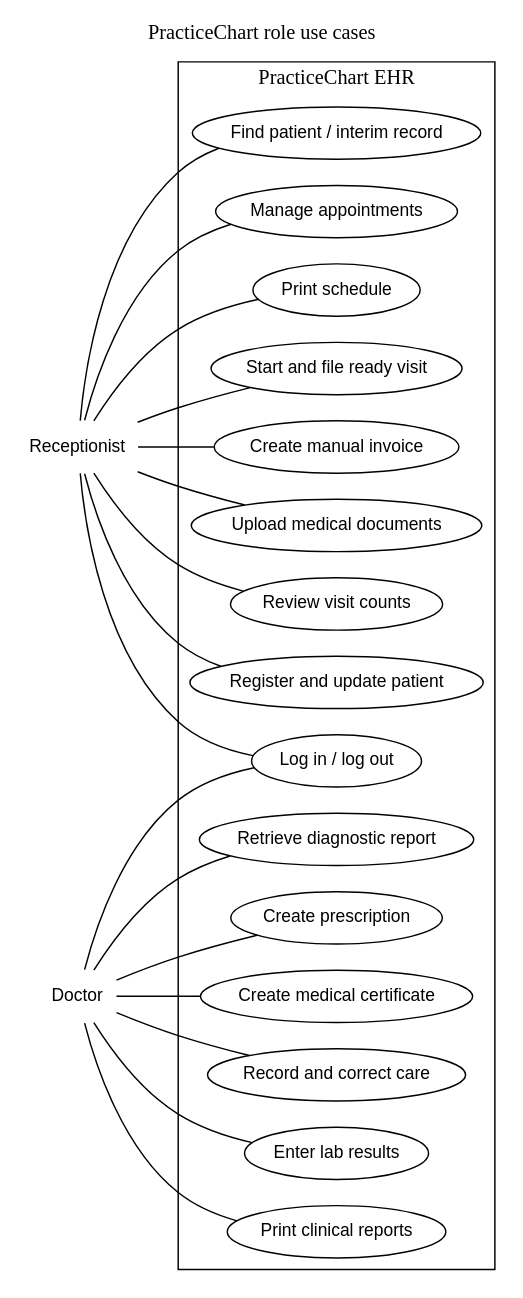
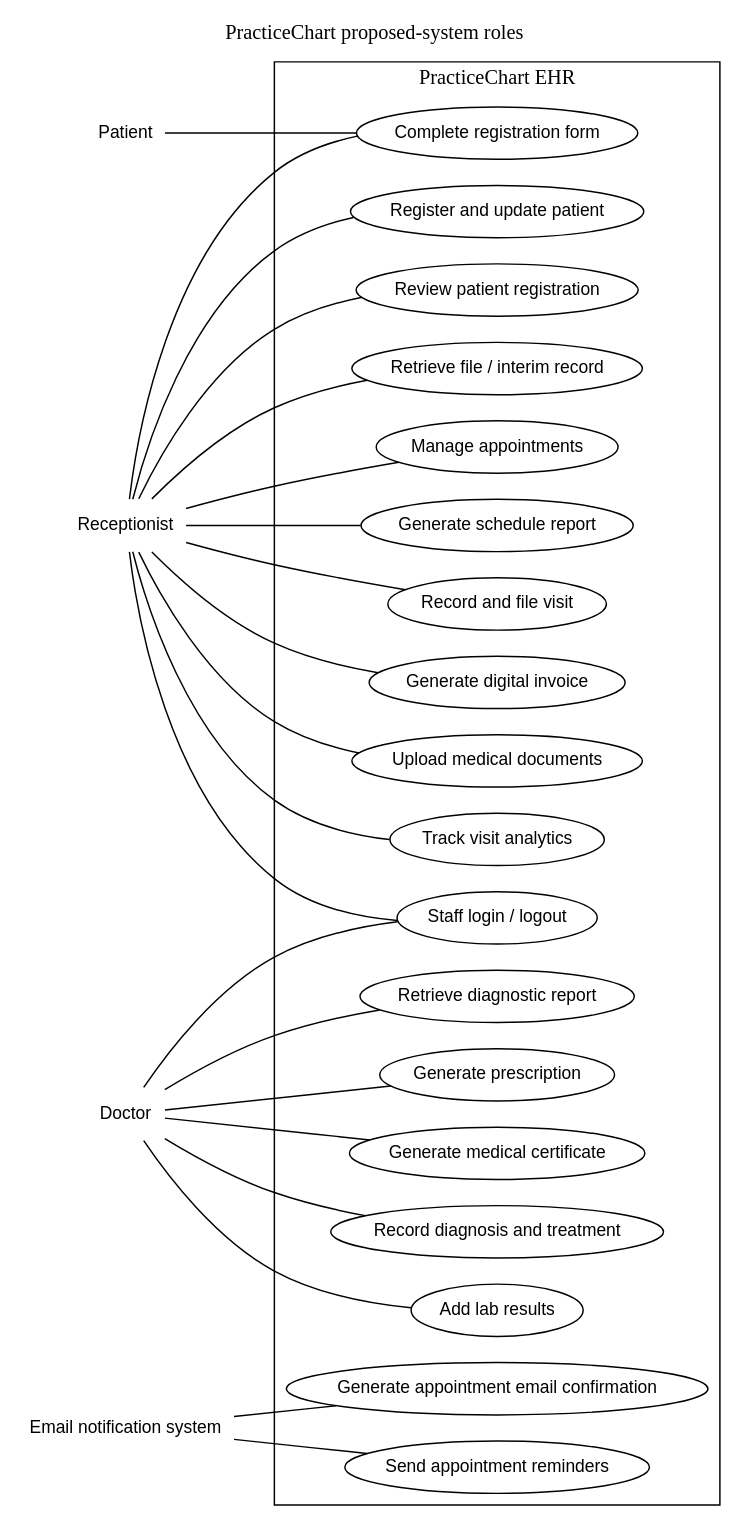
One commit to starvedsins/practicechart-ehr changed the diagram in docs/diagrams/use_case.dot. Above: the diagram before and after it, drawn with Graphviz. The commit also changed 105 other files, not shown here.

Commit message:
Add patient intake, appointment mail, and audit fixes

```diff
--- a/docs/diagrams/use_case.dot
+++ b/docs/diagrams/use_case.dot
@@ -1,1 +1,1 @@
-graph UseCases{graph[label="PracticeChart role use cases",labelloc=t,rankdir=LR];node[fontname="Arial",fontsize=12];desk[shape=plaintext,label="Receptionist"];doctor[shape=plaintext,label="Doctor"];subgraph cluster_system{label="PracticeChart EHR";node[shape=ellipse];login[label="Log in / log out"];patient[label="Register and update patient"];find[label="Find patient / interim record"];schedule[label="Manage appointments"];schedreport[label="Print schedule"];file[label="Start and file ready visit"];invoice[label="Create manual invoice"];upload[label="Upload medical documents"];counts[label="Review visit counts"];clinical[label="Record and correct care"];lab[label="Enter lab results"];report[label="Print clinical reports"];retrieve[label="Retrieve diagnostic report"];prescription[label="Create prescription"];certificate[label="Create medical certificate"];}desk--{login patient find schedule schedreport file invoice upload counts};doctor--{login clinical lab report retrieve prescription certificate};}
+graph UseCases{graph[label="PracticeChart proposed-system roles",labelloc=t,rankdir=LR];node[fontname="Arial",fontsize=12];patientActor[shape=plaintext,label="Patient"];desk[shape=plaintext,label="Receptionist"];doctor[shape=plaintext,label="Doctor"];email[shape=plaintext,label="Email notification system"];subgraph cluster_system{label="PracticeChart EHR";node[shape=ellipse];form[label="Complete registration form"];login[label="Staff login / logout"];patient[label="Register and update patient"];intake[label="Review patient registration"];find[label="Retrieve file / interim record"];schedule[label="Manage appointments"];schedreport[label="Generate schedule report"];file[label="Record and file visit"];invoice[label="Generate digital invoice"];upload[label="Upload medical documents"];counts[label="Track visit analytics"];clinical[label="Record diagnosis and treatment"];lab[label="Add lab results"];retrieve[label="Retrieve diagnostic report"];prescription[label="Generate prescription"];certificate[label="Generate medical certificate"];confirmation[label="Generate appointment email confirmation"];reminder[label="Send appointment reminders"];}patientActor--form;desk--{login form patient intake find schedule schedreport file invoice upload counts};doctor--{login clinical lab retrieve prescription certificate};email--{confirmation reminder};}
```
